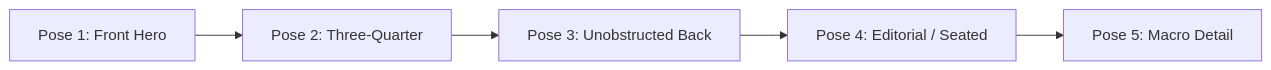
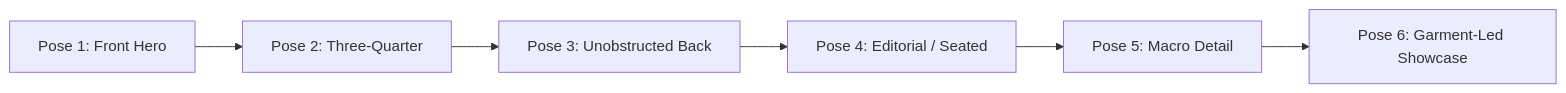
One commit to pawanshukla500/aistudio-youthnic changed the first of 2 diagrams in youthnic-ai-studio-docs/studio/pose-planning.mdx. Above: the diagram before and after it, drawn with Mermaid. The commit also changed other lines of this file and 72 other files, not shown here.

````diff
--- a/youthnic-ai-studio-docs/studio/pose-planning.mdx
+++ b/youthnic-ai-studio-docs/studio/pose-planning.mdx
@@ -10,7 +10,8 @@
 ```mermaid
 graph LR
     A[Pose 1: Front Hero] --> B[Pose 2: Three-Quarter]
     B --> C[Pose 3: Unobstructed Back]
     C --> D[Pose 4: Editorial / Seated]
     D --> E[Pose 5: Macro Detail]
+    E --> F[Pose 6: Garment-Led Showcase]
 ```
````
